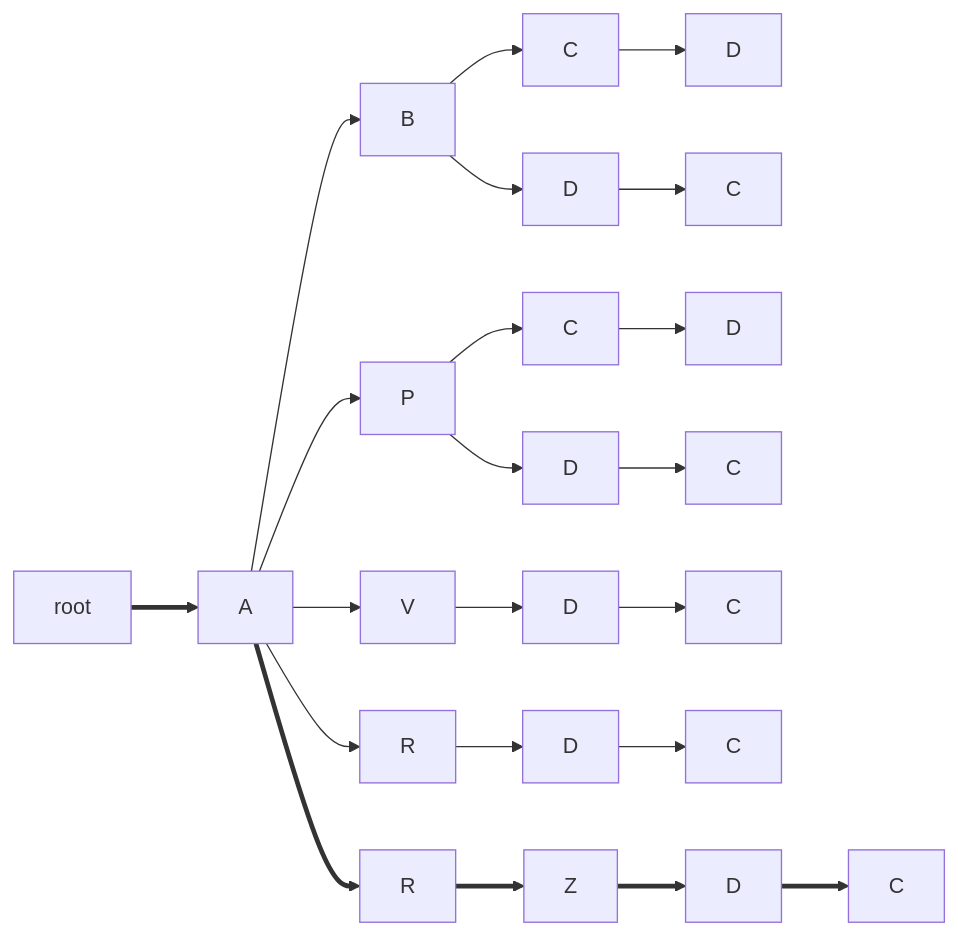
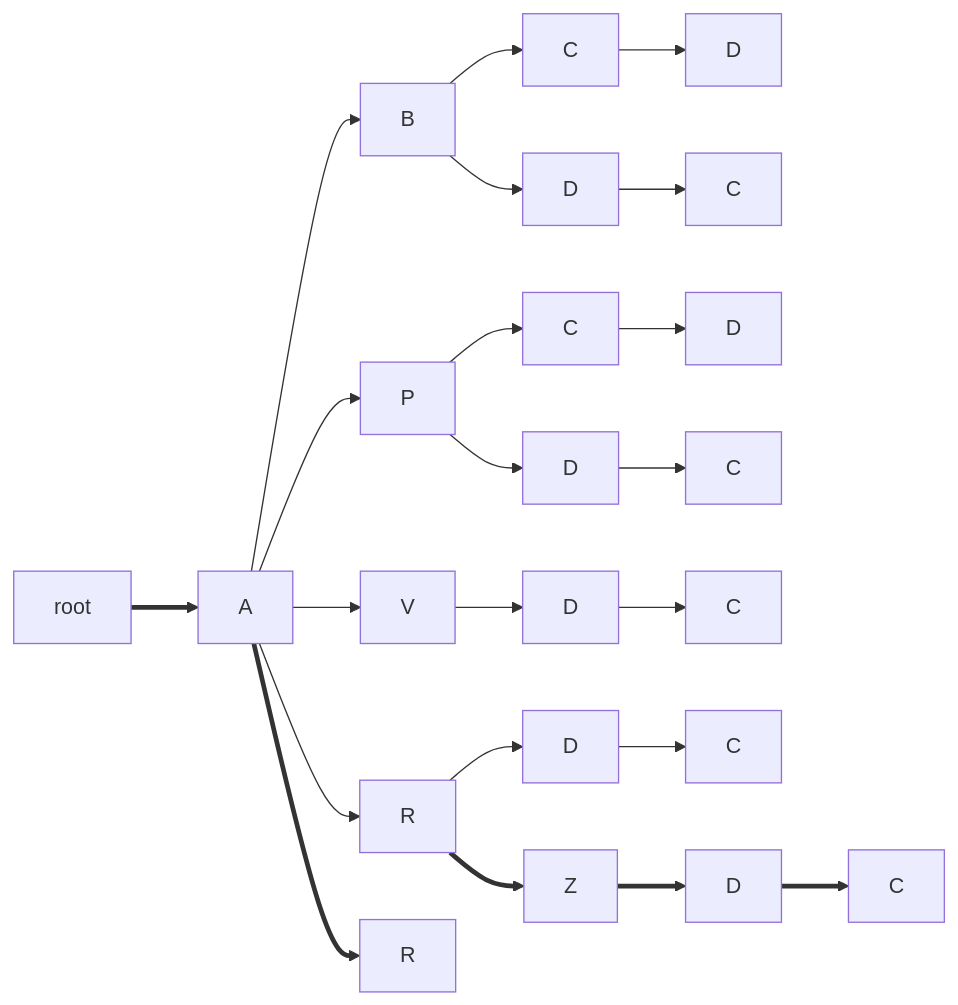
The eighth of 16 diagrams in model/export-tree.md (vedph/gve-doc), drawn with Mermaid before and after one commit.

````diff
--- a/model/export-tree.md
+++ b/model/export-tree.md
@@ -164,25 +164,25 @@
 ```mermaid
 graph LR;
 
 root ==> A
 A --> B
 B --> C
 C --> D6[D]
 A --> P
 P --> C5
 C5[C] --> D5[D]
 P --> D4[D]
 D4 --> C4[C]
 B --> D3[D]
 D3 --> C3[C]
 A --> V
 V --> D2[D]
 D2 --> C2[C]
 A --> R
 R --> D1[D]
 D1 --> C1[C]
 A ==> R0[R]
-R0 ==> Z
+R ==> Z
 Z ==> D0[D]
 D0 ==> C0[C]
 ```
````
